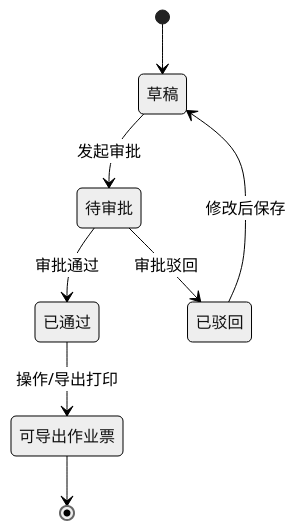
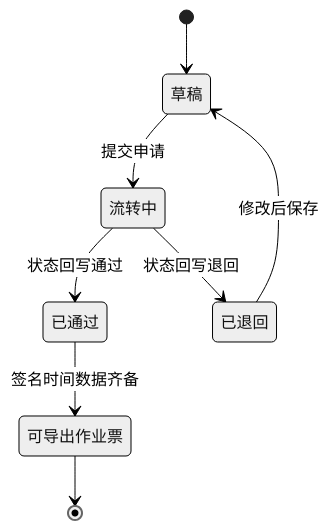
Before and after one commit to liaoliao66/SES: the sixth of 10 diagrams in docs/versions/v1.0.0/prd.md, drawn with Mermaid (neutral theme). The commit also changed other lines of this file, not shown here.

````diff
--- a/docs/versions/v1.0.0/prd.md
+++ b/docs/versions/v1.0.0/prd.md
@@ -159,10 +289,10 @@
 ```mermaid
 stateDiagram-v2
   [*] --> 草稿
-  草稿 --> 待审批 : 发起审批
-  待审批 --> 已通过 : 审批通过
-  待审批 --> 已驳回 : 审批驳回
-  已驳回 --> 草稿 : 修改后保存
-  已通过 --> 可导出作业票 : 操作/导出打印
+  草稿 --> 流转中 : 提交申请
+  流转中 --> 已通过 : 状态回写通过
+  流转中 --> 已退回 : 状态回写退回
+  已退回 --> 草稿 : 修改后保存
+  已通过 --> 可导出作业票 : 签名时间数据齐备
   可导出作业票 --> [*]
 ```
````
